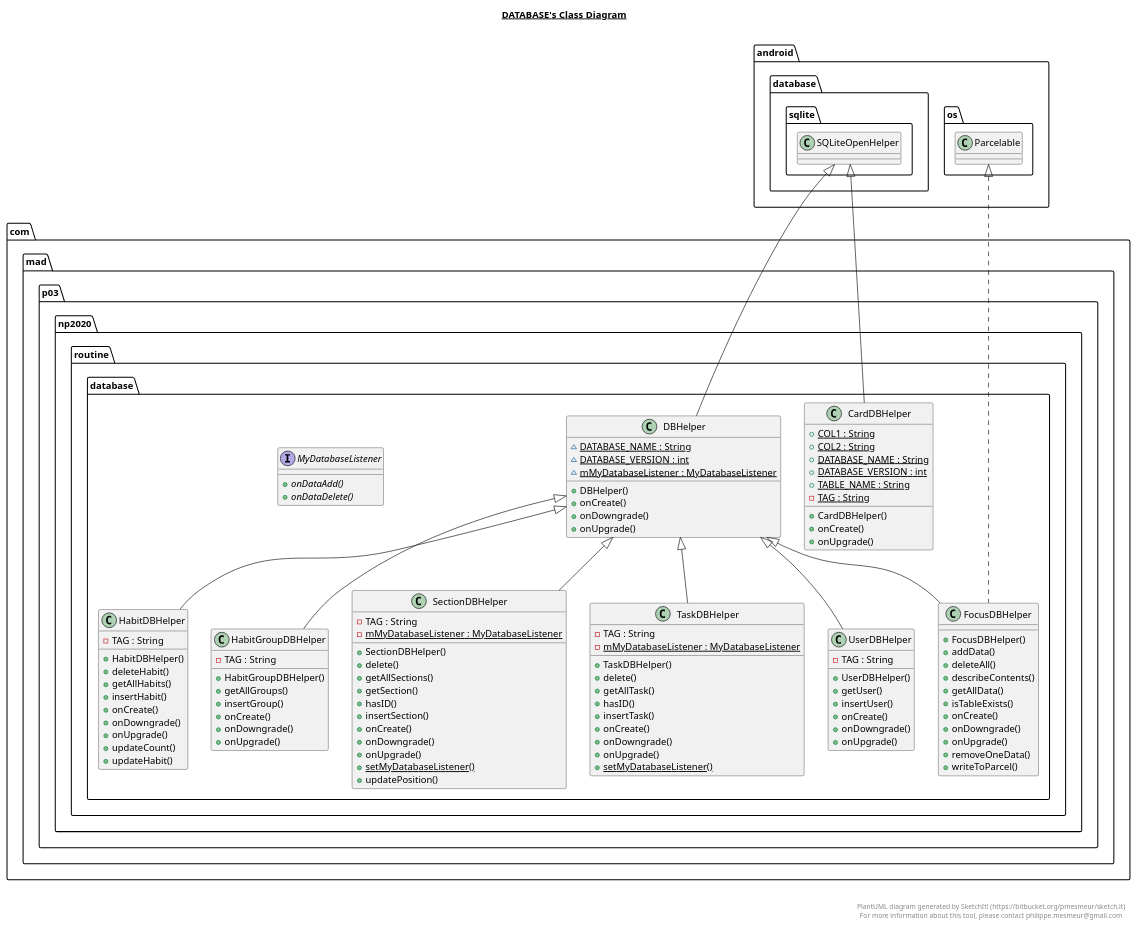
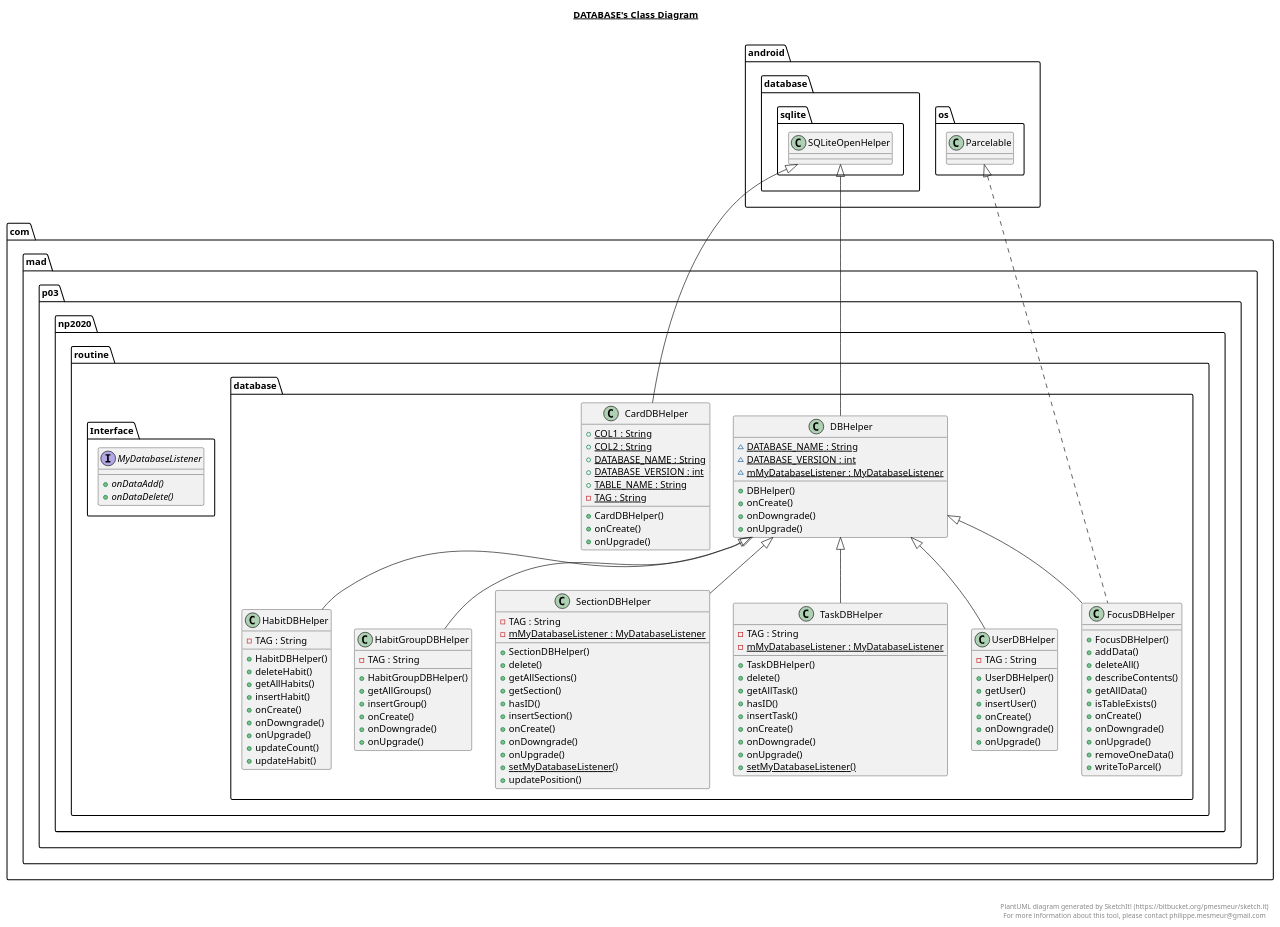
Before and after one commit to AppDevIn/Routine: the diagram in app/src/main/java/com/mad/p03/np2020/routine/database/database.plantuml, drawn with PlantUML. The commit also changed 10 other files, not shown here.

```diff
--- a/app/src/main/java/com/mad/p03/np2020/routine/database/database.plantuml
+++ b/app/src/main/java/com/mad/p03/np2020/routine/database/database.plantuml
@@ -1,172 +1,172 @@
 @startuml
 
 title __DATABASE's Class Diagram__\n
 
   namespace com.mad.p03.np2020.routine {
     namespace database {
       class com.mad.p03.np2020.routine.database.CardDBHelper {
           {static} + COL1 : String
           {static} + COL2 : String
           {static} + DATABASE_NAME : String
           {static} + DATABASE_VERSION : int
           {static} + TABLE_NAME : String
           {static} - TAG : String
           + CardDBHelper()
           + onCreate()
           + onUpgrade()
       }
     }
   }
   
 
   namespace com.mad.p03.np2020.routine {
     namespace database {
       class com.mad.p03.np2020.routine.database.DBHelper {
           {static} ~ DATABASE_NAME : String
           {static} ~ DATABASE_VERSION : int
           {static} ~ mMyDatabaseListener : MyDatabaseListener
           + DBHelper()
           + onCreate()
           + onDowngrade()
           + onUpgrade()
       }
     }
   }
   
 
   namespace com.mad.p03.np2020.routine {
     namespace database {
       class com.mad.p03.np2020.routine.database.FocusDBHelper {
           + FocusDBHelper()
           + addData()
           + deleteAll()
           + describeContents()
           + getAllData()
           + isTableExists()
           + onCreate()
           + onDowngrade()
           + onUpgrade()
           + removeOneData()
           + writeToParcel()
       }
     }
   }
   
 
   namespace com.mad.p03.np2020.routine {
     namespace database {
       class com.mad.p03.np2020.routine.database.HabitDBHelper {
           - TAG : String
           + HabitDBHelper()
           + deleteHabit()
           + getAllHabits()
           + insertHabit()
           + onCreate()
           + onDowngrade()
           + onUpgrade()
           + updateCount()
           + updateHabit()
       }
     }
   }
   
 
   namespace com.mad.p03.np2020.routine {
     namespace database {
       class com.mad.p03.np2020.routine.database.HabitGroupDBHelper {
           - TAG : String
           + HabitGroupDBHelper()
           + getAllGroups()
           + insertGroup()
           + onCreate()
           + onDowngrade()
           + onUpgrade()
       }
     }
   }
   
 
   namespace com.mad.p03.np2020.routine {
     namespace database {
-      interface com.mad.p03.np2020.routine.database.MyDatabaseListener {
+      interface com.mad.p03.np2020.routine.Interface.MyDatabaseListener {
           {abstract} + onDataAdd()
           {abstract} + onDataDelete()
       }
     }
   }
   
 
   namespace com.mad.p03.np2020.routine {
     namespace database {
       class com.mad.p03.np2020.routine.database.SectionDBHelper {
           - TAG : String
           {static} - mMyDatabaseListener : MyDatabaseListener
           + SectionDBHelper()
           + delete()
           + getAllSections()
           + getSection()
           + hasID()
           + insertSection()
           + onCreate()
           + onDowngrade()
           + onUpgrade()
           {static} + setMyDatabaseListener()
           + updatePosition()
       }
     }
   }
   
 
   namespace com.mad.p03.np2020.routine {
     namespace database {
       class com.mad.p03.np2020.routine.database.TaskDBHelper {
           - TAG : String
           {static} - mMyDatabaseListener : MyDatabaseListener
           + TaskDBHelper()
           + delete()
           + getAllTask()
           + hasID()
           + insertTask()
           + onCreate()
           + onDowngrade()
           + onUpgrade()
           {static} + setMyDatabaseListener()
       }
     }
   }
   
 
   namespace com.mad.p03.np2020.routine {
     namespace database {
       class com.mad.p03.np2020.routine.database.UserDBHelper {
           - TAG : String
           + UserDBHelper()
           + getUser()
           + insertUser()
           + onCreate()
           + onDowngrade()
           + onUpgrade()
       }
     }
   }
   
 
   com.mad.p03.np2020.routine.database.CardDBHelper -up-|> android.database.sqlite.SQLiteOpenHelper
   com.mad.p03.np2020.routine.database.DBHelper -up-|> android.database.sqlite.SQLiteOpenHelper
   com.mad.p03.np2020.routine.database.FocusDBHelper .up.|> android.os.Parcelable
   com.mad.p03.np2020.routine.database.FocusDBHelper -up-|> com.mad.p03.np2020.routine.database.DBHelper
   com.mad.p03.np2020.routine.database.HabitDBHelper -up-|> com.mad.p03.np2020.routine.database.DBHelper
   com.mad.p03.np2020.routine.database.HabitGroupDBHelper -up-|> com.mad.p03.np2020.routine.database.DBHelper
   com.mad.p03.np2020.routine.database.SectionDBHelper -up-|> com.mad.p03.np2020.routine.database.DBHelper
   com.mad.p03.np2020.routine.database.TaskDBHelper -up-|> com.mad.p03.np2020.routine.database.DBHelper
   com.mad.p03.np2020.routine.database.UserDBHelper -up-|> com.mad.p03.np2020.routine.database.DBHelper
 
 
 right footer
 
 
 PlantUML diagram generated by SketchIt! (https://bitbucket.org/pmesmeur/sketch.it)
 For more information about this tool, please contact philippe.mesmeur@gmail.com
 endfooter
 
 @enduml
```
